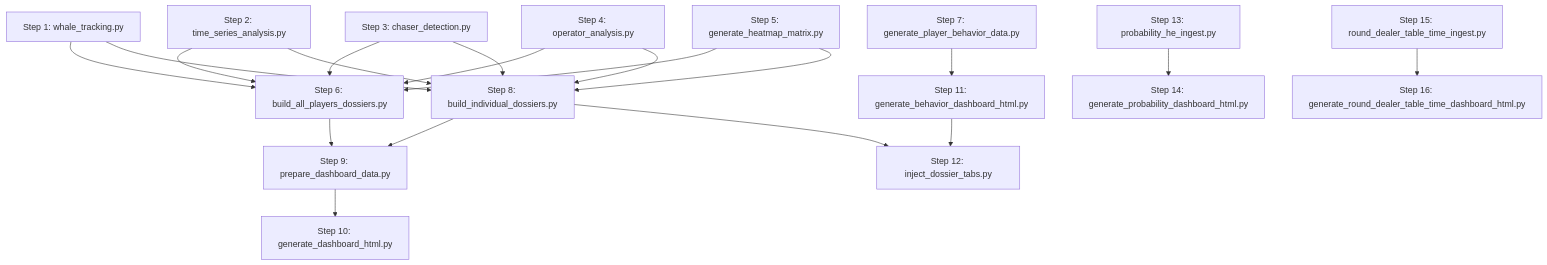
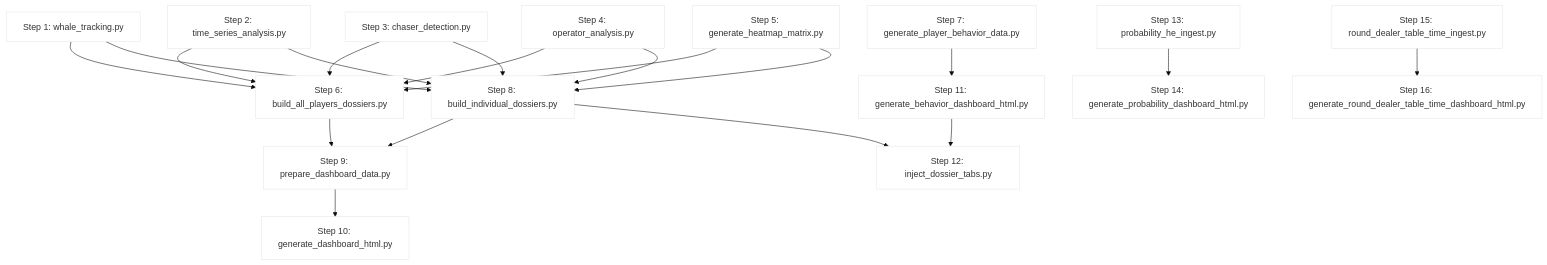
One commit to MagusZealot/OG-Product-BI changed the fourth of 5 diagrams in workspace_map.md. Above: the diagram before and after it, drawn with Mermaid. The commit also changed other lines of this file, not shown here.

Commit message:
Enhance workspace_map.md with critical data safety warning and Mermaid theme customization

````diff
--- a/workspace_map.md
+++ b/workspace_map.md
@@ -709,38 +711,39 @@
 ```mermaid
+%%{init: {'theme': 'base', 'themeVariables': { 'primaryColor': '#ffffff', 'primaryShapeFill': '#000000', 'fontFamily': 'sans-serif' }}}%%
 flowchart TD
     step1[Step 1: whale_tracking.py]
     step2[Step 2: time_series_analysis.py]
     step3[Step 3: chaser_detection.py]
     step4[Step 4: operator_analysis.py]
     step5[Step 5: generate_heatmap_matrix.py]
     step6[Step 6: build_all_players_dossiers.py]
     step7[Step 7: generate_player_behavior_data.py]
     step8[Step 8: build_individual_dossiers.py]
     step9[Step 9: prepare_dashboard_data.py]
     step10[Step 10: generate_dashboard_html.py]
     step11[Step 11: generate_behavior_dashboard_html.py]
     step12[Step 12: inject_dossier_tabs.py]
     step13[Step 13: probability_he_ingest.py]
     step14[Step 14: generate_probability_dashboard_html.py]
     step15[Step 15: round_dealer_table_time_ingest.py]
     step16[Step 16: generate_round_dealer_table_time_dashboard_html.py]
 
     step1 --> step6
     step2 --> step6
     step3 --> step6
     step4 --> step6
     step5 --> step6
     step1 --> step8
     step2 --> step8
     step3 --> step8
     step4 --> step8
     step5 --> step8
     step6 --> step9
     step8 --> step9
     step9 --> step10
     step7 --> step11
     step11 --> step12
     step13 --> step14
     step15 --> step16
     step8 --> step12
 ```
````
